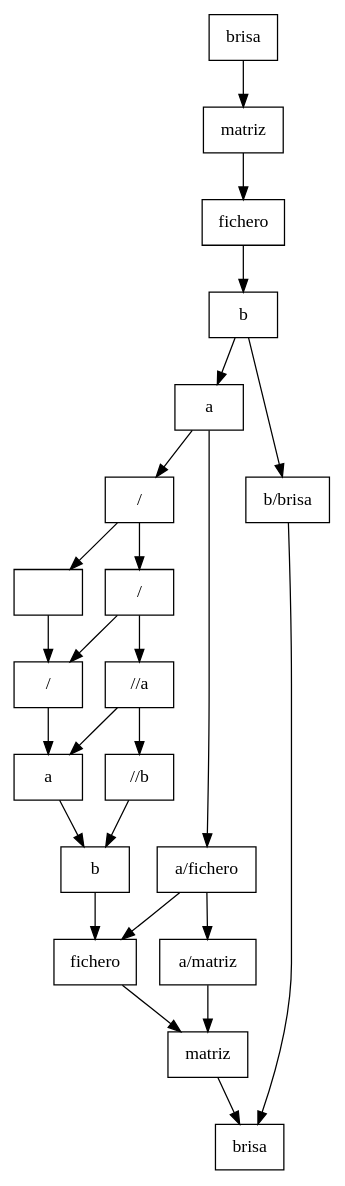
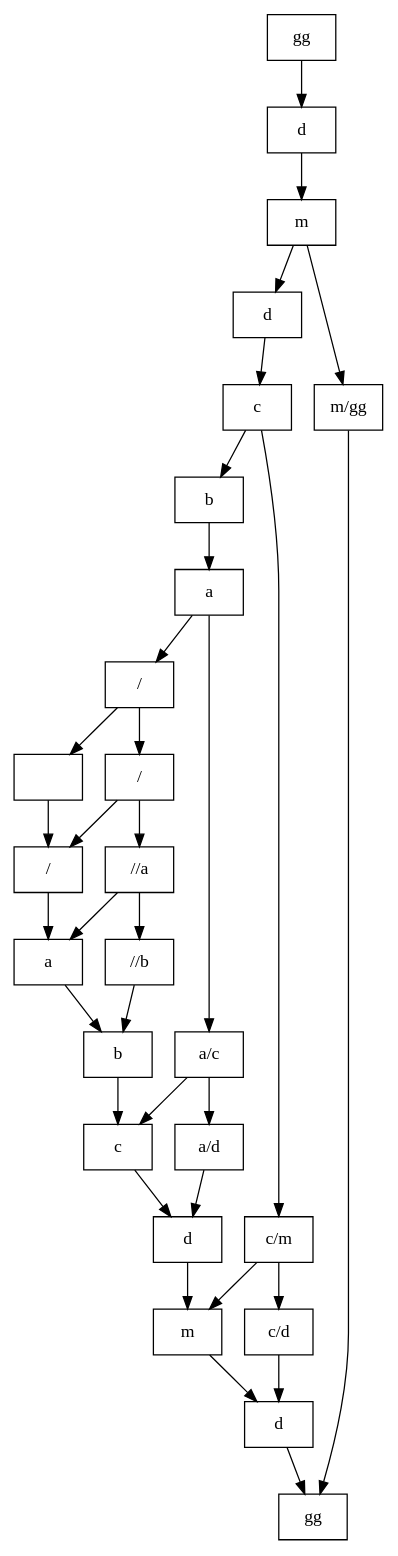
One commit to Aranmarh/EDD_2S2019_PY2_201408507 changed the diagram in Matriz.dot. Above: the diagram before and after it, drawn with Graphviz. The commit also changed 15 other files, not shown here.

```diff
--- a/Matriz.dot
+++ b/Matriz.dot
@@ -1,46 +1,60 @@
 digraph G{
 node [shape= record] 
 00[label=" " pos="0,0!"];
 00->10
 10[label="/ " pos="3,0!"];
 10->20
 20[label="a " pos="6,0!"];
 20->30
 30[label="b " pos="9,0!"];
 30->40
-40[label="fichero " pos="12,0!"];
+40[label="c " pos="12,0!"];
 40->50
-50[label="matriz " pos="15,0!"];
+50[label="d " pos="15,0!"];
 50->60
-60[label="brisa " pos="18,0!"];
+60[label="m " pos="18,0!"];
+60->70
+70[label="d " pos="21,0!"];
+70->80
+80[label="gg " pos="24,0!"];
 01[label="/ " pos="0,-1!"];
 01->00
 01->11
 11[label="/ " pos="3,-1!"];
 11->10
 11->21
 21[label="//a " pos="6,-1!"];
 21->20
 21->31
 31[label="//b " pos="9,-1!"];
 31->30
 02[label="a " pos="0,-2!"];
 02->01
 02->42
-42[label="a/fichero " pos="12,-2!"];
+42[label="a/c " pos="12,-2!"];
 42->40
 42->52
-52[label="a/matriz " pos="15,-2!"];
+52[label="a/d " pos="15,-2!"];
 52->50
 03[label="b " pos="0,-3!"];
 03->02
-03->63
-63[label="b/brisa " pos="18,-3!"];
-63->60
-04[label="fichero " pos="0,-4!"];
+04[label="c " pos="0,-4!"];
 04->03
-05[label="matriz " pos="0,-5!"];
+04->64
+64[label="c/m " pos="18,-4!"];
+64->60
+64->74
+74[label="c/d " pos="21,-4!"];
+74->70
+05[label="d " pos="0,-5!"];
 05->04
-06[label="brisa " pos="0,-6!"];
+06[label="m " pos="0,-6!"];
 06->05
+06->86
+86[label="m/gg " pos="24,-6!"];
+86->80
+07[label="d " pos="0,-7!"];
+07->06
+08[label="gg " pos="0,-8!"];
+08->07
 }
```
